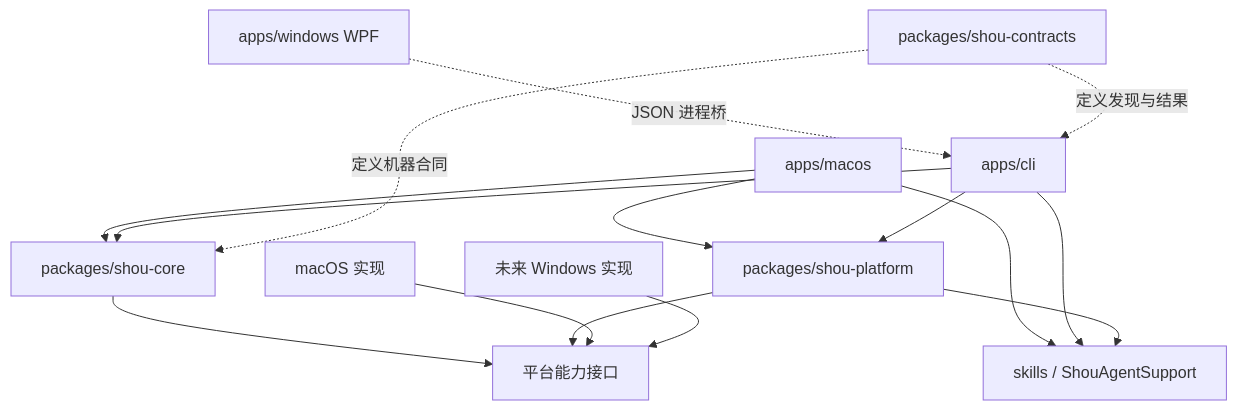
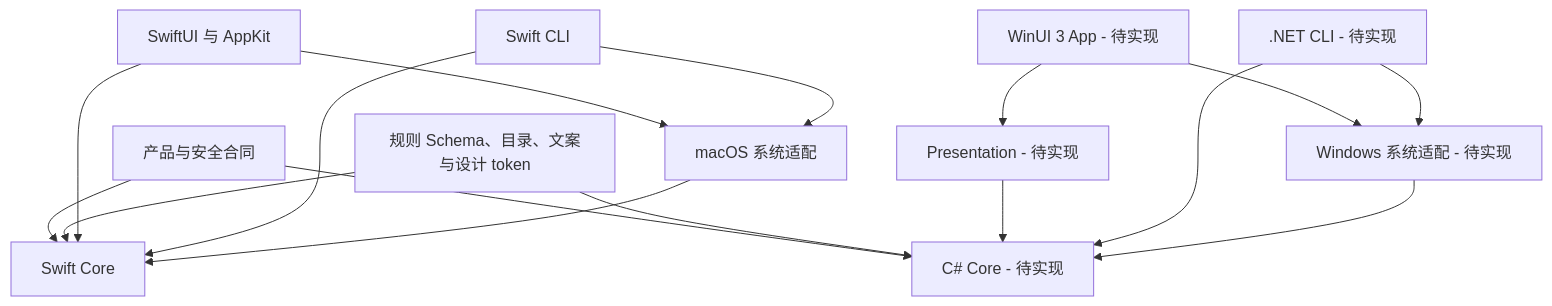
Before and after one commit to limecloud/shou: the diagram in docs/zh-CN/architecture/monorepo-and-platforms.md, drawn with Mermaid. The commit also changed other lines of this file and 312 other files, not shown here.

````diff
--- a/docs/zh-CN/architecture/monorepo-and-platforms.md
+++ b/docs/zh-CN/architecture/monorepo-and-platforms.md
@@ -50,17 +11,18 @@
 ```mermaid
 flowchart TB
-    Mac[apps/macos] --> Core[packages/shou-core]
-    Mac --> Platform[packages/shou-platform]
-    CLI[apps/cli] --> Core
-    CLI --> Platform
-    Mac --> AgentSupport[skills / ShouAgentSupport]
-    CLI --> AgentSupport
-    Platform --> AgentSupport
-    Windows[apps/windows WPF] -.JSON 进程桥.-> CLI
-    Core --> Interfaces[平台能力接口]
-    Platform --> Interfaces
-    MacAdapter[macOS 实现] --> Interfaces
-    WinAdapter[未来 Windows 实现] --> Interfaces
-    Contracts[packages/shou-contracts] -.定义机器合同.-> Core
-    Contracts -.定义发现与结果.-> CLI
+    Contract[产品与安全合同] --> MacCore[Swift Core]
+    Contract --> WinCore[C# Core - 待实现]
+    Resources[规则 Schema、目录、文案与设计 token] --> MacCore
+    Resources --> WinCore
+    MacUI[SwiftUI 与 AppKit] --> MacCore
+    MacCLI[Swift CLI] --> MacCore
+    MacUI --> MacPlatform[macOS 系统适配]
+    MacCLI --> MacPlatform
+    MacPlatform --> MacCore
+    WinUI[WinUI 3 App - 待实现] --> VM[Presentation - 待实现]
+    VM --> WinCore
+    WinCLI[.NET CLI - 待实现] --> WinCore
+    WinUI --> WinPlatform[Windows 系统适配 - 待实现]
+    WinCLI --> WinPlatform
+    WinPlatform --> WinCore
 ```
````
